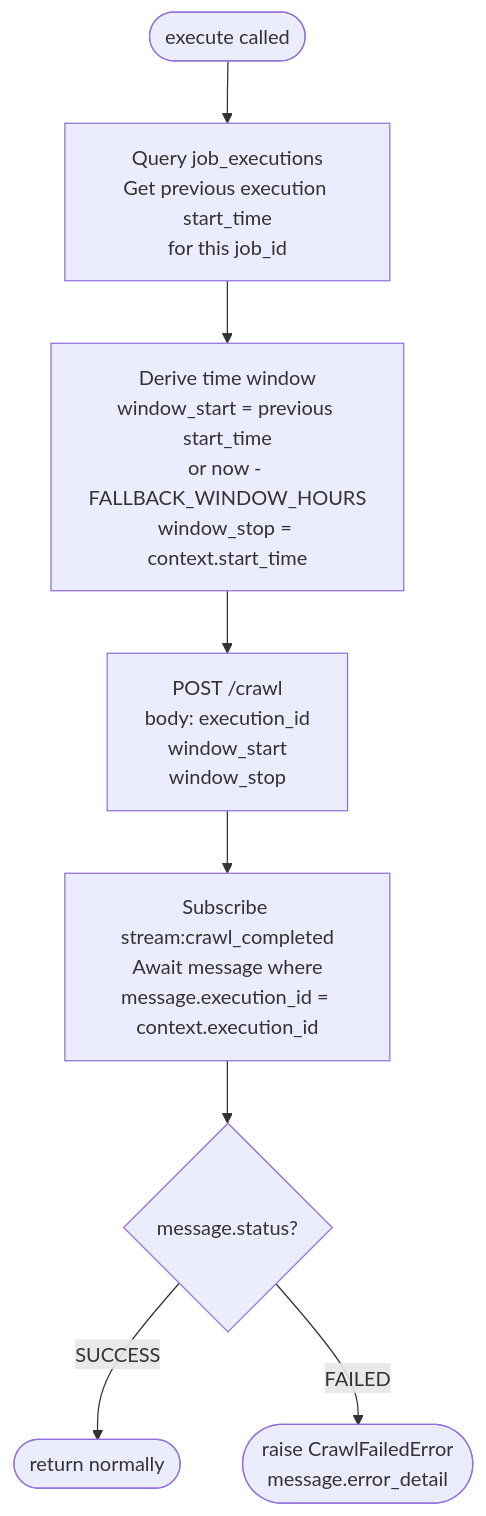
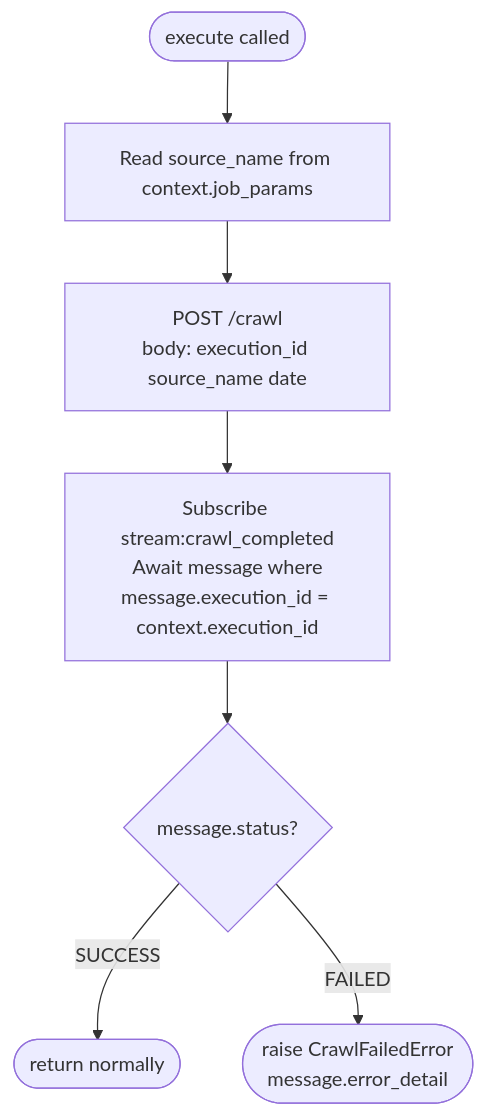
The sixth of 6 diagrams in docs/admin-tad.md (mars-xiaoyi/wealthfinder), drawn with Mermaid before and after one commit. The commit also changed other lines of this file and 12 other files, not shown here.

````diff
--- a/docs/admin-tad.md
+++ b/docs/admin-tad.md
@@ -273,10 +283,9 @@
 ```mermaid
 flowchart TD
-    A([execute called]) --> B[Query job_executions\nGet previous execution start_time\nfor this job_id]
-    B --> C[Derive time window\nwindow_start = previous start_time\nor now - FALLBACK_WINDOW_HOURS\nwindow_stop = context.start_time]
-    C --> D[POST /crawl\nbody: execution_id\nwindow_start\nwindow_stop]
-    D --> E[Subscribe stream:crawl_completed\nAwait message where\nmessage.execution_id = context.execution_id]
-    E --> F{message.status?}
-    F -->|SUCCESS| G([return normally])
-    F -->|FAILED| H([raise CrawlFailedError\nmessage.error_detail])
+    A([execute called]) --> B[Read source_name from context.job_params]
+    B --> C[POST /crawl\nbody: execution_id source_name date]
+    C --> D[Subscribe stream:crawl_completed\nAwait message where\nmessage.execution_id = context.execution_id]
+    D --> E{message.status?}
+    E -->|SUCCESS| F([return normally])
+    E -->|FAILED| G([raise CrawlFailedError\nmessage.error_detail])
 ```
````
